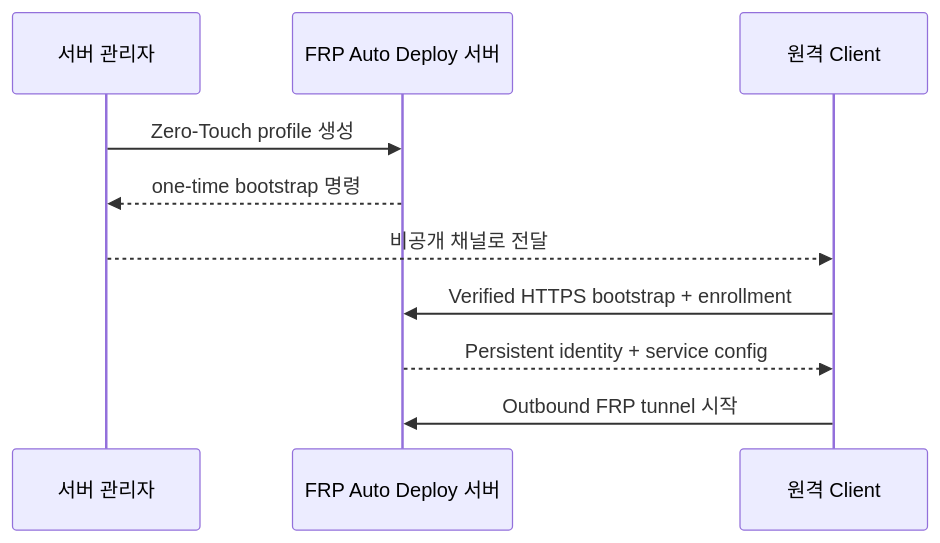
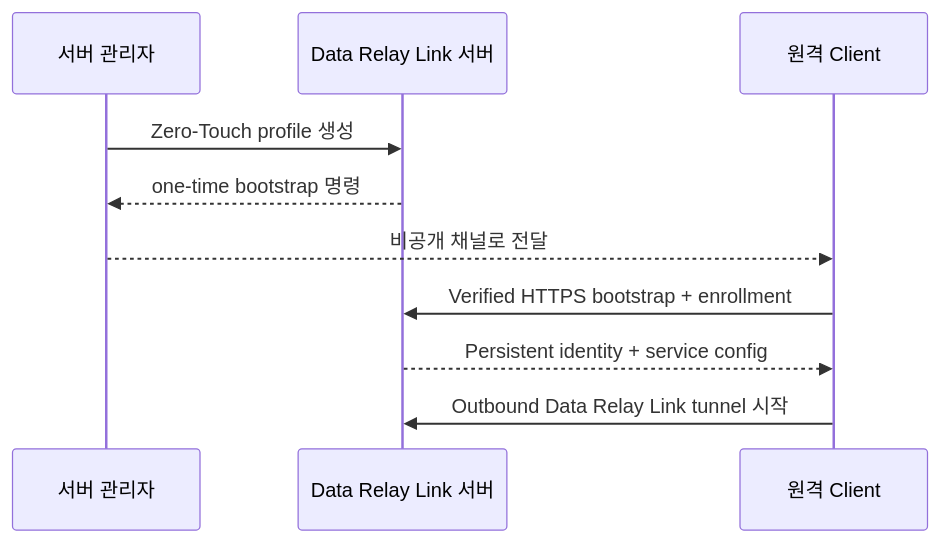
The diagram in ko/guides/zero-touch.mdx (datarelay-labs/data-relay-link-docs), drawn with Mermaid before and after one commit. The commit also changed other lines of this file and 32 other files, not shown here.

````diff
--- a/ko/guides/zero-touch.mdx
+++ b/ko/guides/zero-touch.mdx
@@ -16,13 +16,13 @@
 ```mermaid
 sequenceDiagram
     participant A as 서버 관리자
-    participant S as FRP Auto Deploy 서버
+    participant S as Data Relay Link 서버
     participant C as 원격 Client
 
     A->>S: Zero-Touch profile 생성
     S-->>A: one-time bootstrap 명령
     A-->>C: 비공개 채널로 전달
     C->>S: Verified HTTPS bootstrap + enrollment
     S-->>C: Persistent identity + service config
-    C->>S: Outbound FRP tunnel 시작
+    C->>S: Outbound Data Relay Link tunnel 시작
 ```
````
